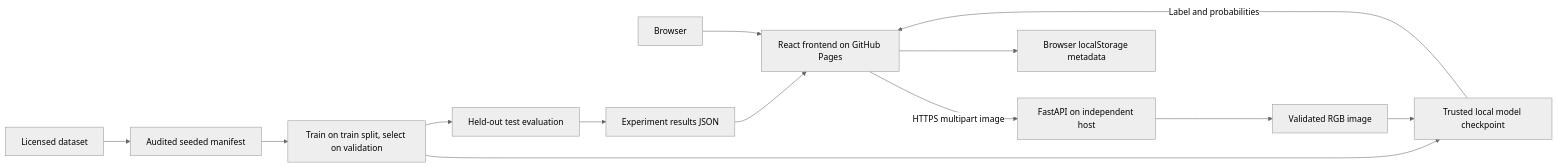
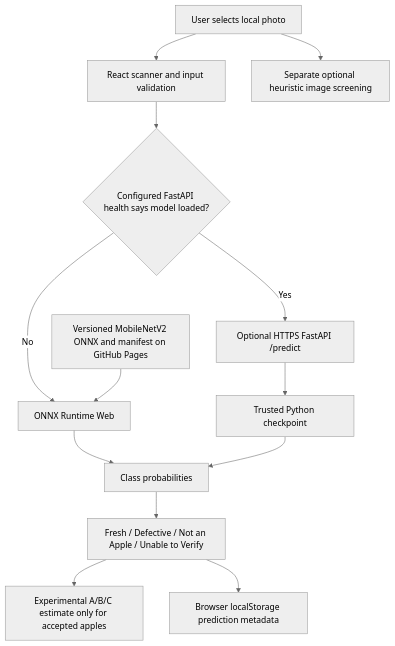
One commit to mnacakanyanargisti-rgb/ProduceAI changed the first of 2 diagrams in docs/ARCHITECTURE.md. Above: the diagram before and after it, drawn with Mermaid (neutral theme). The commit also changed other lines of this file and 11 other files, not shown here.

````diff
--- a/docs/ARCHITECTURE.md
+++ b/docs/ARCHITECTURE.md
@@ -3,15 +7,15 @@
 ```mermaid
-flowchart LR
-  User[Browser] --> Pages[React frontend on GitHub Pages]
-  Pages -->|HTTPS multipart image| API[FastAPI on independent host]
-  API --> Decoder[Validated RGB image]
-  Decoder --> Model[Trusted local model checkpoint]
-  Model -->|Label and probabilities| Pages
-  Pages --> Local[Browser localStorage metadata]
-  Dataset[Licensed dataset] --> Split[Audited seeded manifest]
-  Split --> Training[Train on train split, select on validation]
-  Training --> Model
-  Training --> Evaluation[Held-out test evaluation]
-  Evaluation --> JSON[Experiment results JSON]
-  JSON --> Pages
+flowchart TB
+  Photo[User selects local photo] --> Browser[React scanner and input validation]
+  Browser --> Check{Configured FastAPI health says model loaded?}
+  Check -->|Yes| API[Optional HTTPS FastAPI /predict]
+  API --> Predictor[Trusted Python checkpoint]
+  Check -->|No| WASM[ONNX Runtime Web]
+  Model[Versioned MobileNetV2 ONNX and manifest on GitHub Pages] --> WASM
+  WASM --> Scores[Class probabilities]
+  Predictor --> Scores
+  Scores --> Decision[Fresh / Defective / Not an Apple / Unable to Verify]
+  Decision --> Grade[Experimental A/B/C estimate only for accepted apples]
+  Decision --> History[Browser localStorage prediction metadata]
+  Photo --> Visual[Separate optional heuristic image screening]
 ```
````
